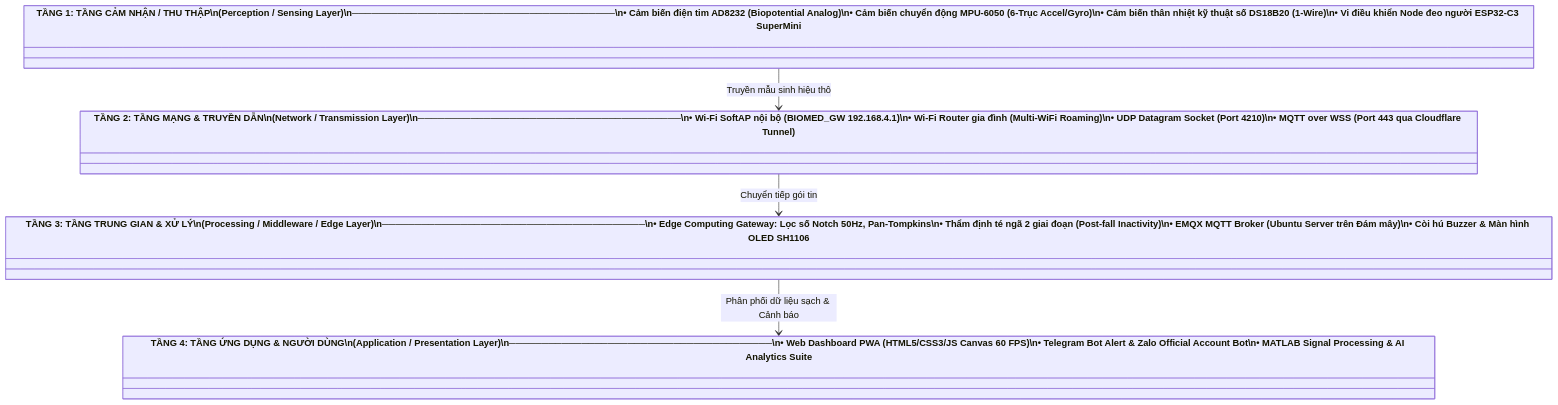
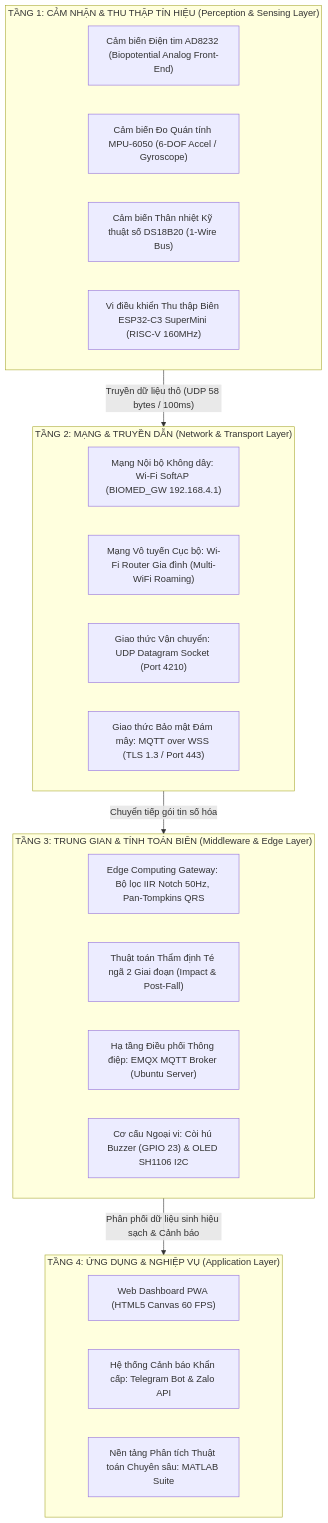
Before and after one commit to tsbyinchei/IoMT-ECG-FallDetection: the fourth of 4 diagrams in SYSTEM_ARCHITECTURE.md, drawn with Mermaid. The commit also changed other lines of this file and 2 other files, not shown here.

Commit message:
docs: overhaul SYSTEM_ARCHITECTURE.md with relative links, Let's Encrypt TLS details, and clean diagrams

````diff
--- a/SYSTEM_ARCHITECTURE.md
+++ b/SYSTEM_ARCHITECTURE.md
@@ -297,11 +388,33 @@
 ```mermaid
-classDiagram
-    class Layer4_Application["TẦNG 4: TẦNG ỨNG DỤNG & NGƯỜI DÙNG\n(Application / Presentation Layer)\n────────────────────────────────────────\n• Web Dashboard PWA (HTML5/CSS3/JS Canvas 60 FPS)\n• Telegram Bot Alert & Zalo Official Account Bot\n• MATLAB Signal Processing & AI Analytics Suite"]
-    class Layer3_Middleware["TẦNG 3: TẦNG TRUNG GIAN & XỬ LÝ\n(Processing / Middleware / Edge Layer)\n────────────────────────────────────────\n• Edge Computing Gateway: Lọc số Notch 50Hz, Pan-Tompkins\n• Thẩm định té ngã 2 giai đoạn (Post-fall Inactivity)\n• EMQX MQTT Broker (Ubuntu Server trên Đám mây)\n• Còi hú Buzzer & Màn hình OLED SH1106"]
-    class Layer2_Network["TẦNG 2: TẦNG MẠNG & TRUYỀN DẪN\n(Network / Transmission Layer)\n────────────────────────────────────────\n• Wi-Fi SoftAP nội bộ (BIOMED_GW 192.168.4.1)\n• Wi-Fi Router gia đình (Multi-WiFi Roaming)\n• UDP Datagram Socket (Port 4210)\n• MQTT over WSS (Port 443 qua Cloudflare Tunnel)"]
-    class Layer1_Perception["TẦNG 1: TẦNG CẢM NHẬN / THU THẬP\n(Perception / Sensing Layer)\n────────────────────────────────────────\n• Cảm biến điện tim AD8232 (Biopotential Analog)\n• Cảm biến chuyển động MPU-6050 (6-Trục Accel/Gyro)\n• Cảm biến thân nhiệt kỹ thuật số DS18B20 (1-Wire)\n• Vi điều khiển Node đeo người ESP32-C3 SuperMini"]
+flowchart TD
+    subgraph L4 ["TẦNG 4: ỨNG DỤNG & NGHIỆP VỤ (Application Layer)"]
+        A1["Web Dashboard PWA (HTML5 Canvas 60 FPS)"]
+        A2["Hệ thống Cảnh báo Khẩn cấp: Telegram Bot & Zalo API"]
+        A3["Nền tảng Phân tích Thuật toán Chuyên sâu: MATLAB Suite"]
+    end
 
-    Layer1_Perception --> Layer2_Network : Truyền mẫu sinh hiệu thô
-    Layer2_Network --> Layer3_Middleware : Chuyển tiếp gói tin
-    Layer3_Middleware --> Layer4_Application : Phân phối dữ liệu sạch & Cảnh báo
+    subgraph L3 ["TẦNG 3: TRUNG GIAN & TÍNH TOÁN BIÊN (Middleware & Edge Layer)"]
+        M1["Edge Computing Gateway: Bộ lọc IIR Notch 50Hz, Pan-Tompkins QRS"]
+        M2["Thuật toán Thẩm định Té ngã 2 Giai đoạn (Impact & Post-Fall)"]
+        M3["Hạ tầng Điều phối Thông điệp: EMQX MQTT Broker (Ubuntu Server)"]
+        M4["Cơ cấu Ngoại vi: Còi hú Buzzer (GPIO 23) & OLED SH1106 I2C"]
+    end
+
+    subgraph L2 ["TẦNG 2: MẠNG & TRUYỀN DẪN (Network & Transport Layer)"]
+        N1["Mạng Nội bộ Không dây: Wi-Fi SoftAP (BIOMED_GW 192.168.4.1)"]
+        N2["Mạng Vô tuyến Cục bộ: Wi-Fi Router Gia đình (Multi-WiFi Roaming)"]
+        N3["Giao thức Vận chuyển: UDP Datagram Socket (Port 4210)"]
+        N4["Giao thức Bảo mật Đám mây: MQTT over WSS (TLS 1.3 / Port 443)"]
+    end
+
+    subgraph L1 ["TẦNG 1: CẢM NHẬN & THU THẬP TÍN HIỆU (Perception & Sensing Layer)"]
+        S1["Cảm biến Điện tim AD8232 (Biopotential Analog Front-End)"]
+        S2["Cảm biến Đo Quán tính MPU-6050 (6-DOF Accel / Gyroscope)"]
+        S3["Cảm biến Thân nhiệt Kỹ thuật số DS18B20 (1-Wire Bus)"]
+        S4["Vi điều khiển Thu thập Biên ESP32-C3 SuperMini (RISC-V 160MHz)"]
+    end
+
+    L1 -->|"Truyền dữ liệu thô (UDP 58 bytes / 100ms)"| L2
+    L2 -->|"Chuyển tiếp gói tin số hóa"| L3
+    L3 -->|"Phân phối dữ liệu sinh hiệu sạch & Cảnh báo"| L4
 ```
````
